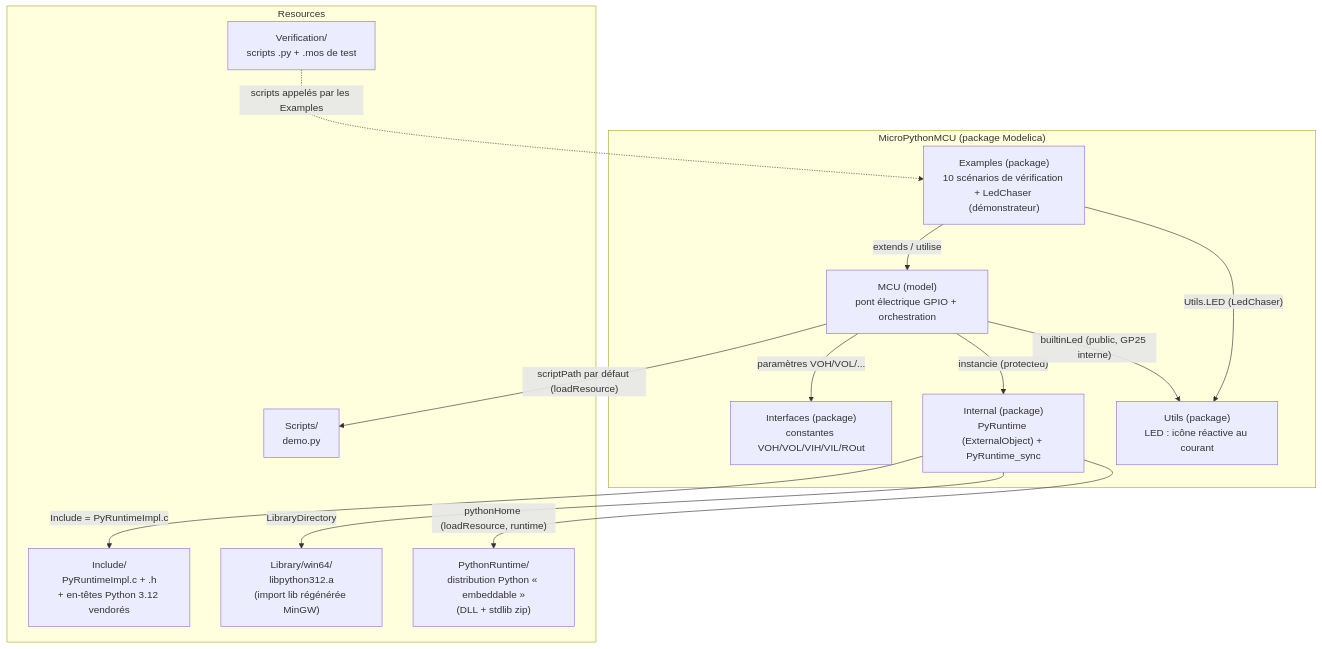
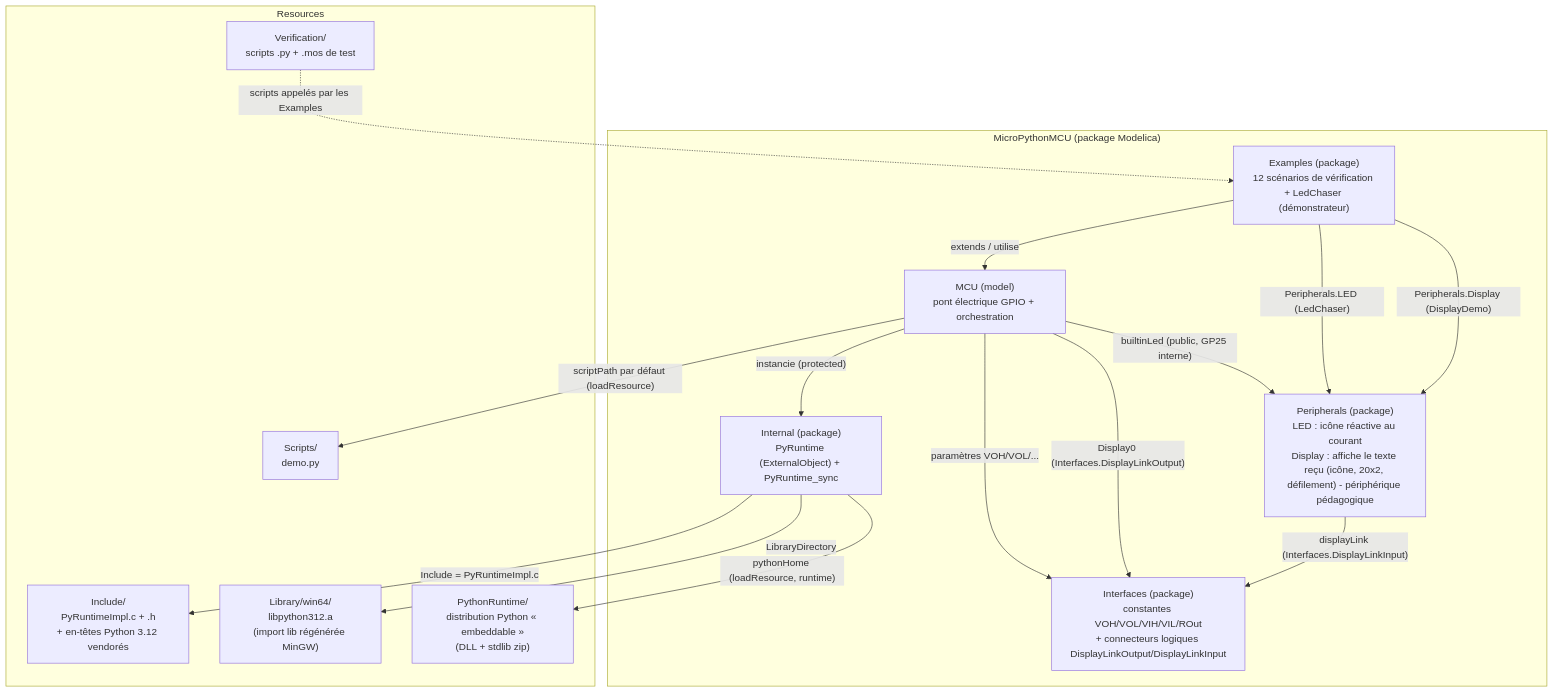
Before and after one commit to bdelaup/modelica_micropython: the diagram in docs/architecture.md, drawn with Mermaid. The commit also changed other lines of this file and 41 other files, not shown here.

````diff
--- a/docs/architecture.md
+++ b/docs/architecture.md
@@ -9,28 +9,31 @@
 ```mermaid
 graph TD
     subgraph LIB["MicroPythonMCU (package Modelica)"]
         MCU["MCU (model)<br/>pont électrique GPIO + orchestration"]
-        Interfaces["Interfaces (package)<br/>constantes VOH/VOL/VIH/VIL/ROut"]
+        Interfaces["Interfaces (package)<br/>constantes VOH/VOL/VIH/VIL/ROut<br/>+ connecteurs logiques DisplayLinkOutput/DisplayLinkInput"]
         Internal["Internal (package)<br/>PyRuntime (ExternalObject) + PyRuntime_sync"]
-        Utils["Utils (package)<br/>LED : icône réactive au courant"]
-        Examples["Examples (package)<br/>10 scénarios de vérification + LedChaser (démonstrateur)"]
+        Peripherals["Peripherals (package)<br/>LED : icône réactive au courant<br/>Display : affiche le texte reçu (icône, 20x2, défilement) - périphérique pédagogique"]
+        Examples["Examples (package)<br/>12 scénarios de vérification + LedChaser (démonstrateur)"]
     end
     subgraph RES["Resources"]
         Include["Include/<br/>PyRuntimeImpl.c + .h<br/>+ en-têtes Python 3.12 vendorés"]
         Library["Library/win64/<br/>libpython312.a<br/>(import lib régénérée MinGW)"]
         PythonRuntime["PythonRuntime/<br/>distribution Python « embeddable »<br/>(DLL + stdlib zip)"]
         Scripts["Scripts/<br/>demo.py"]
         Verification["Verification/<br/>scripts .py + .mos de test"]
     end
 
     MCU -- "paramètres VOH/VOL/..." --> Interfaces
     MCU -- "instancie (protected)" --> Internal
-    MCU -- "builtinLed (public, GP25 interne)" --> Utils
+    MCU -- "builtinLed (public, GP25 interne)" --> Peripherals
+    MCU -- "Display0 (Interfaces.DisplayLinkOutput)" --> Interfaces
     Examples -- "extends / utilise" --> MCU
-    Examples -- "Utils.LED (LedChaser)" --> Utils
+    Examples -- "Peripherals.LED (LedChaser)" --> Peripherals
+    Examples -- "Peripherals.Display (DisplayDemo)" --> Peripherals
+    Peripherals -- "displayLink (Interfaces.DisplayLinkInput)" --> Interfaces
     Internal -- "Include = PyRuntimeImpl.c" --> Include
     Internal -- "LibraryDirectory" --> Library
     Internal -- "pythonHome (loadResource, runtime)" --> PythonRuntime
     MCU -- "scriptPath par défaut (loadResource)" --> Scripts
     Verification -. "scripts appelés par les Examples" .-> Examples
 ```
````
